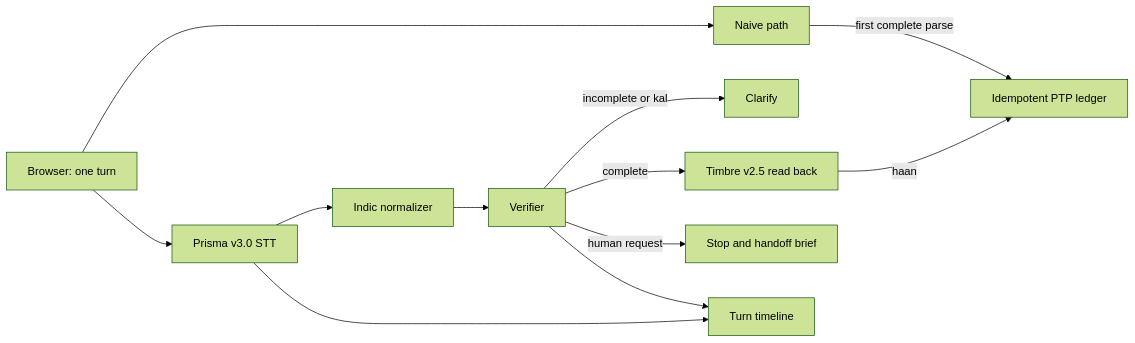
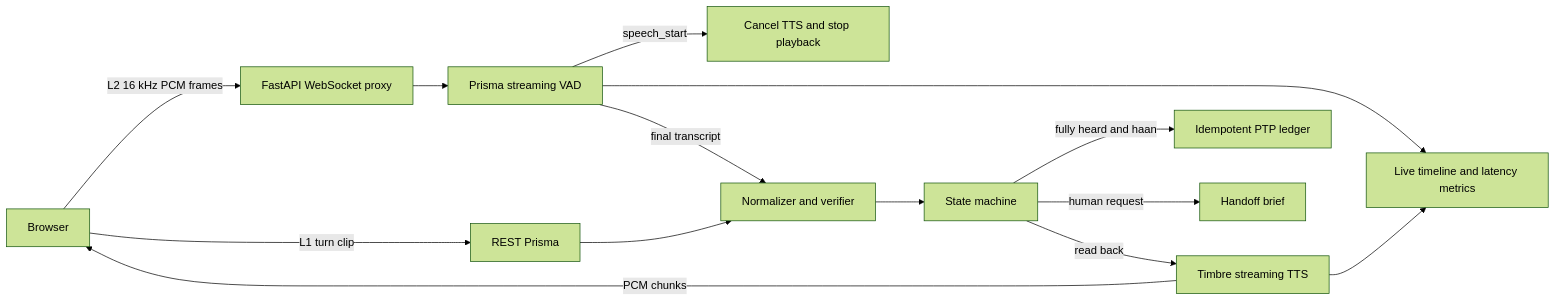
The diagram in README.md (Thesilentprogramer/wadapakka), drawn with Mermaid (forest theme) before and after one commit. The commit also changed other lines of this file and 12 other files, not shown here.

Commit message:
Layer 2: Prisma streaming, streamed Timbre, barge-in, latency metrics

````diff
--- a/README.md
+++ b/README.md
@@ -21,14 +21,16 @@
 ```mermaid
 flowchart LR
-  B[Browser: one turn] --> N[Naive path]
-  B --> P[Prisma v3.0 STT]
-  P --> Z[Indic normalizer]
-  Z --> V[Verifier]
-  V -->|incomplete or kal| Q[Clarify]
-  V -->|complete| T[Timbre v2.5 read back]
-  T -->|haan| L[Idempotent PTP ledger]
-  V -->|human request| H[Stop and handoff brief]
-  N -->|first complete parse| L
-  P --> O[Turn timeline]
-  V --> O
+  B[Browser] -->|L1 turn clip| R[REST Prisma]
+  B -->|L2 16 kHz PCM frames| W[FastAPI WebSocket proxy]
+  W --> P[Prisma streaming VAD]
+  P -->|speech_start| X[Cancel TTS and stop playback]
+  P -->|final transcript| Z[Normalizer and verifier]
+  R --> Z
+  Z --> Q[State machine]
+  Q -->|read back| T[Timbre streaming TTS]
+  T -->|PCM chunks| B
+  Q -->|fully heard and haan| L[Idempotent PTP ledger]
+  Q -->|human request| H[Handoff brief]
+  P --> O[Live timeline and latency metrics]
+  T --> O
 ```
````
